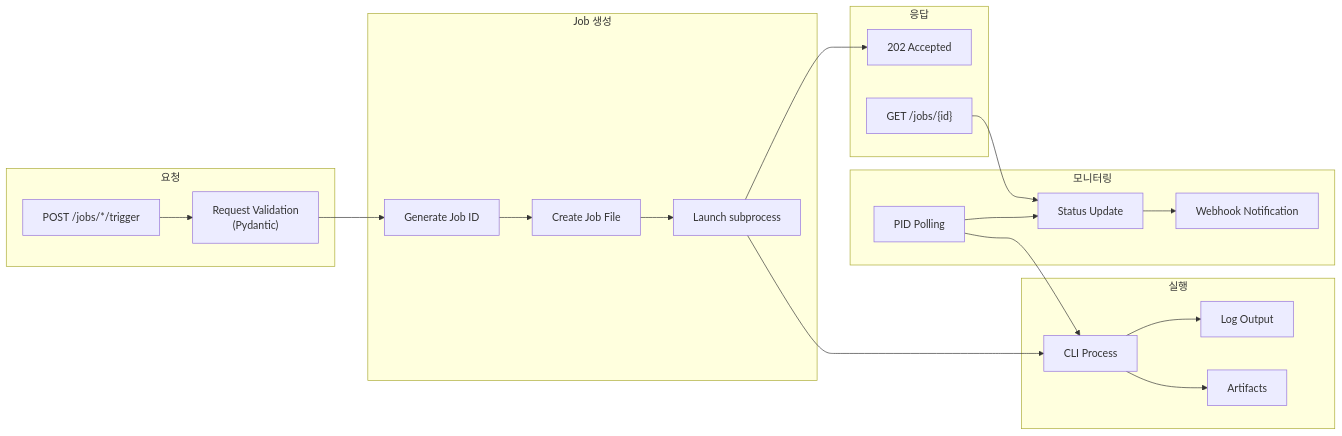
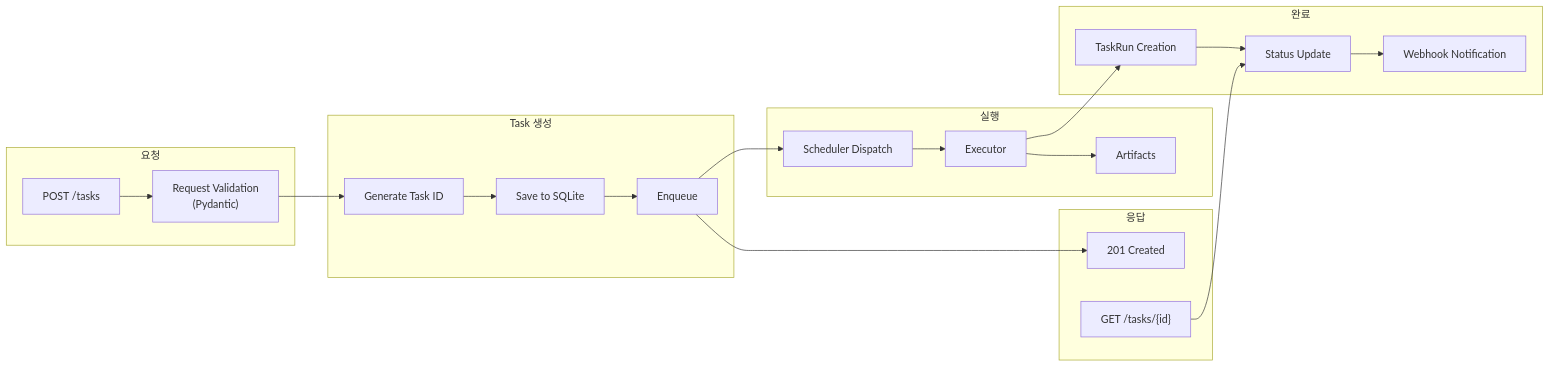
Before and after one commit to VinylStage/horror-story-generator: the third of 5 diagrams in docs/technical/dataflow.md, drawn with Mermaid. The commit also changed other lines of this file and 36 other files, not shown here.

First line of the commit message:
feat!: remove legacy trigger endpoints and CLI (#113, #114) (#139)

````diff
--- a/docs/technical/dataflow.md
+++ b/docs/technical/dataflow.md
@@ -261,43 +261,43 @@
 ```mermaid
 flowchart LR
     subgraph Request["요청"]
-        A1["POST /jobs/*/trigger"]
+        A1["POST /tasks"]
         A2["Request Validation<br/>(Pydantic)"]
     end
 
-    subgraph JobCreation["Job 생성"]
-        B1["Generate Job ID"]
-        B2["Create Job File"]
-        B3["Launch subprocess"]
+    subgraph TaskCreation["Task 생성"]
+        B1["Generate Task ID"]
+        B2["Save to SQLite"]
+        B3["Enqueue"]
     end
 
     subgraph Execution["실행"]
-        C1["CLI Process"]
-        C2["Log Output"]
+        C1["Scheduler Dispatch"]
+        C2["Executor"]
         C3["Artifacts"]
     end
 
-    subgraph Monitoring["모니터링"]
-        D1["PID Polling"]
+    subgraph Completion["완료"]
+        D1["TaskRun Creation"]
         D2["Status Update"]
         D3["Webhook Notification"]
     end
 
     subgraph Response["응답"]
-        E1["202 Accepted"]
-        E2["GET /jobs/{id}"]
+        E1["201 Created"]
+        E2["GET /tasks/{id}"]
     end
 
     A1 --> A2
     A2 --> B1
     B1 --> B2
     B2 --> B3
     B3 --> E1
     B3 --> C1
     C1 --> C2
-    C1 --> C3
-    D1 --> C1
+    C2 --> C3
+    C2 --> D1
     D1 --> D2
     D2 --> D3
     E2 --> D2
 ```
````
